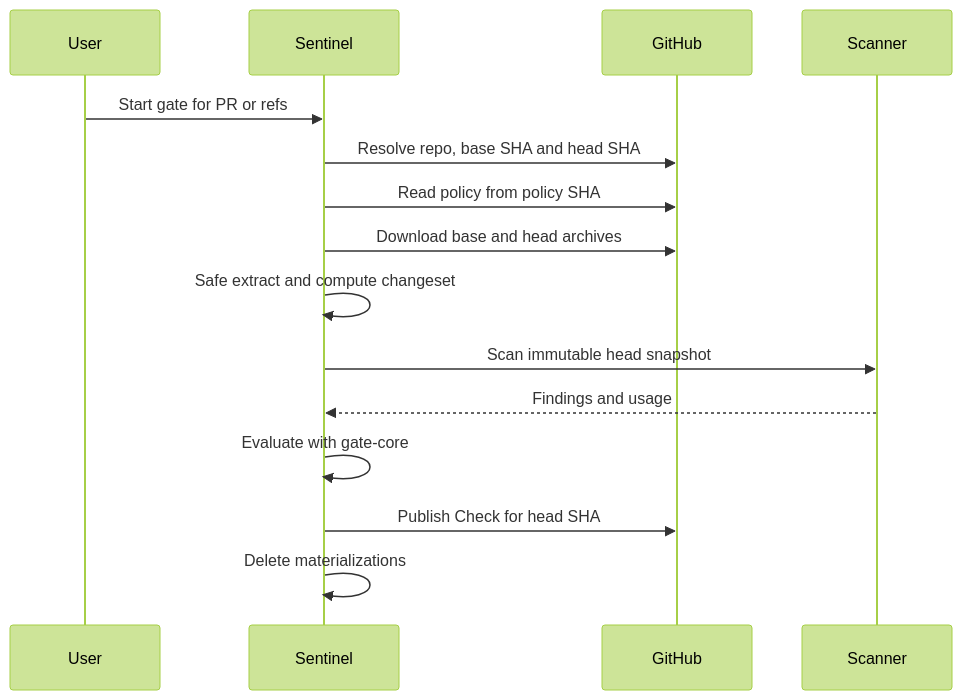
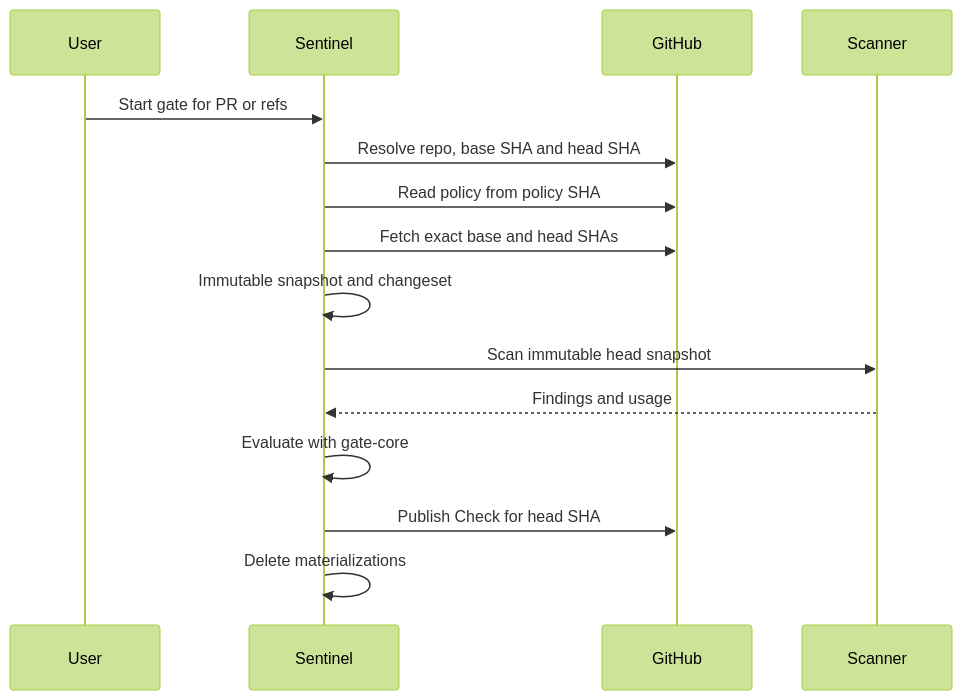
One commit to OkamiOps/okami-sentinel changed the second of 2 diagrams in docs/architecture/2026-08-12-github-remote-guardrails-design.md. Above: the diagram before and after it, drawn with Mermaid (forest theme). The commit also changed other lines of this file and 38 other files, not shown here.

````diff
--- a/docs/architecture/2026-08-12-github-remote-guardrails-design.md
+++ b/docs/architecture/2026-08-12-github-remote-guardrails-design.md
@@ -292,18 +296,18 @@
 ```mermaid
 sequenceDiagram
     participant U as User
     participant S as Sentinel
     participant G as GitHub
     participant R as Scanner
 
     U->>S: Start gate for PR or refs
     S->>G: Resolve repo, base SHA and head SHA
     S->>G: Read policy from policy SHA
-    S->>G: Download base and head archives
-    S->>S: Safe extract and compute changeset
+    S->>G: Fetch exact base and head SHAs
+    S->>S: Immutable snapshot and changeset
     S->>R: Scan immutable head snapshot
     R-->>S: Findings and usage
     S->>S: Evaluate with gate-core
     S->>G: Publish Check for head SHA
     S->>S: Delete materializations
 ```
````
